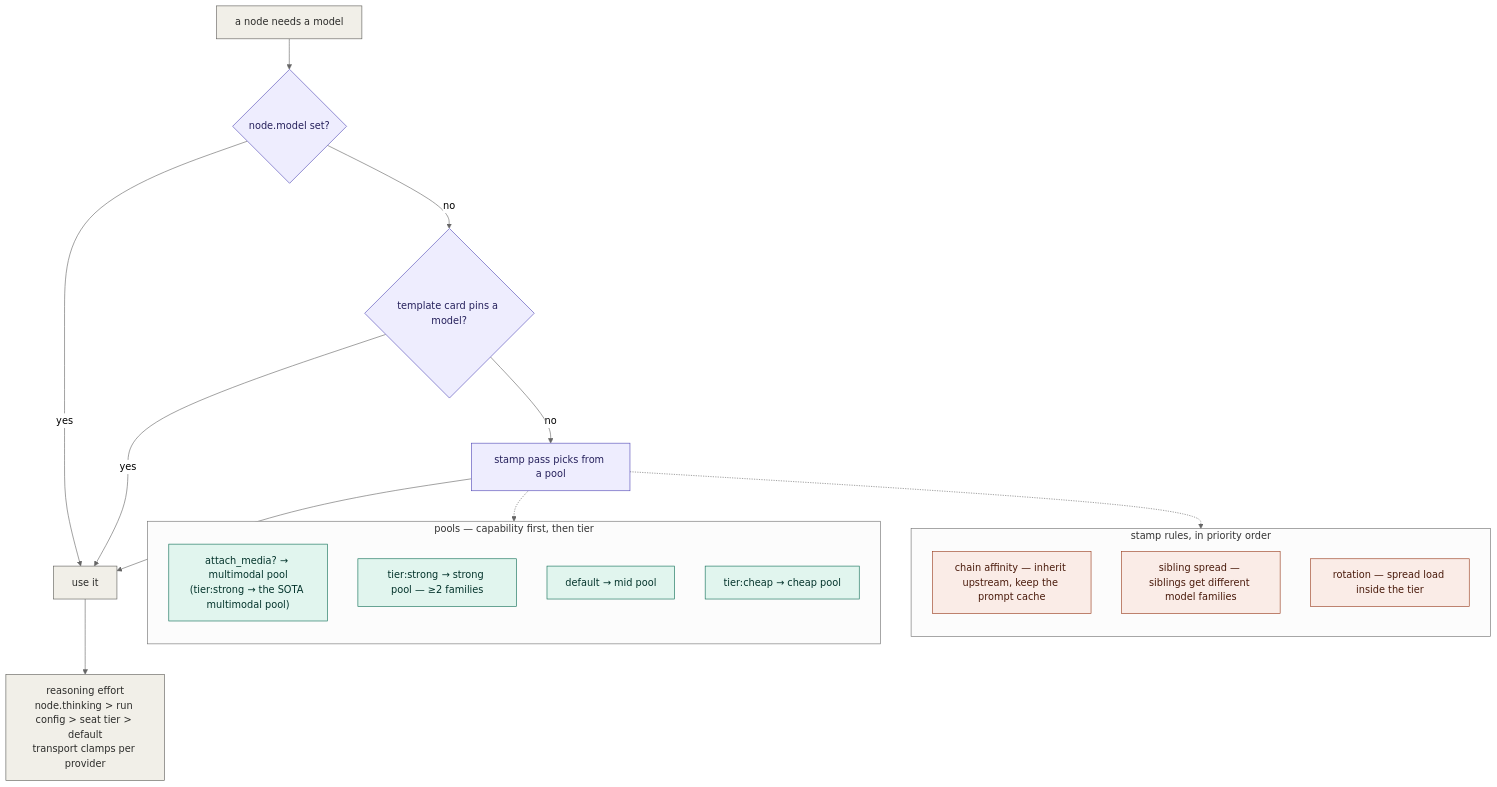
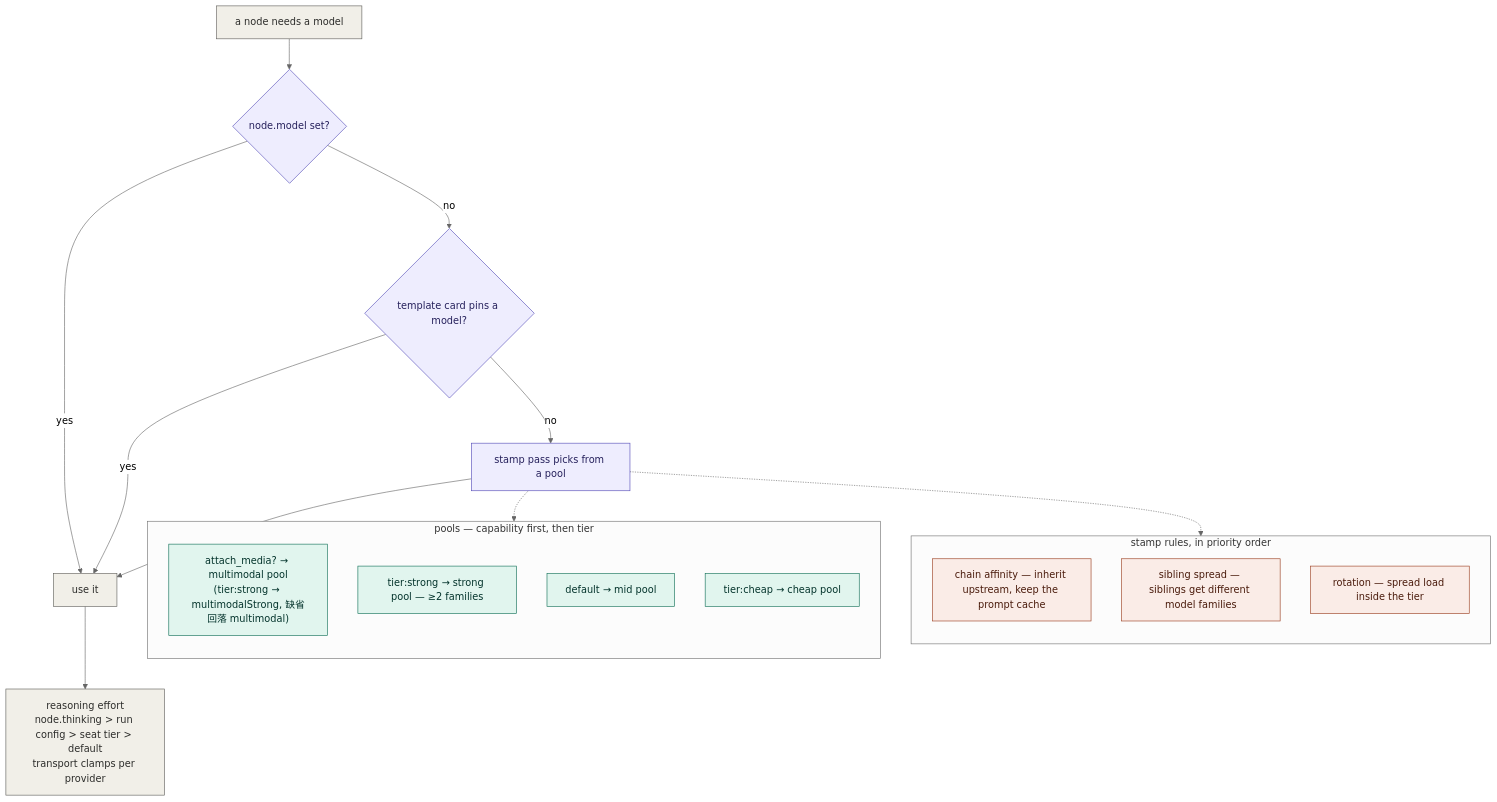
Before and after one commit to AbyssCN/oh-my-dag: the first of 2 diagrams in docs/diagrams/04-model-layer.md, drawn with Mermaid (neutral theme). The commit also changed other lines of this file and 7 other files, not shown here.

````diff
--- a/docs/diagrams/04-model-layer.md
+++ b/docs/diagrams/04-model-layer.md
@@ -12,38 +13,38 @@
 ```mermaid
 flowchart TB
   N["a node needs a model"]
 
   N --> R1{"node.model set?"}
   R1 -->|yes| USE["use it"]
   R1 -->|no| R2{"template card pins a model?"}
   R2 -->|yes| USE
   R2 -->|no| STAMP["stamp pass picks from a pool"]
   STAMP --> USE
   USE --> EFF["reasoning effort<br/>node.thinking > run config > seat tier > default<br/>transport clamps per provider"]
 
   subgraph POOLS["pools — capability first, then tier"]
     direction TB
-    P0["attach_media? → multimodal pool<br/>(tier:strong → the SOTA multimodal pool)"]
+    P0["attach_media? → multimodal pool<br/>(tier:strong → multimodalStrong, 缺省回落 multimodal)"]
     P1["tier:strong → strong pool — ≥2 families"]
     P2["default → mid pool"]
     P3["tier:cheap → cheap pool"]
   end
   STAMP -.-> POOLS
 
   subgraph RULES["stamp rules, in priority order"]
     direction TB
     S1["chain affinity — inherit upstream, keep the prompt cache"]
     S2["sibling spread — siblings get different model families"]
     S3["rotation — spread load inside the tier"]
   end
   STAMP -.-> RULES
 
   classDef pick fill:#EEEDFE,stroke:#534AB7,color:#26215C
   classDef pool fill:#E1F5EE,stroke:#0F6E56,color:#04342C
   classDef rule fill:#FAECE7,stroke:#993C1D,color:#4A1B0C
   classDef plain fill:#F1EFE8,stroke:#5F5E5A,color:#2C2C2A
   class R1,R2,STAMP pick
   class P0,P1,P2,P3 pool
   class S1,S2,S3 rule
   class N,USE,EFF plain
 ```
````
